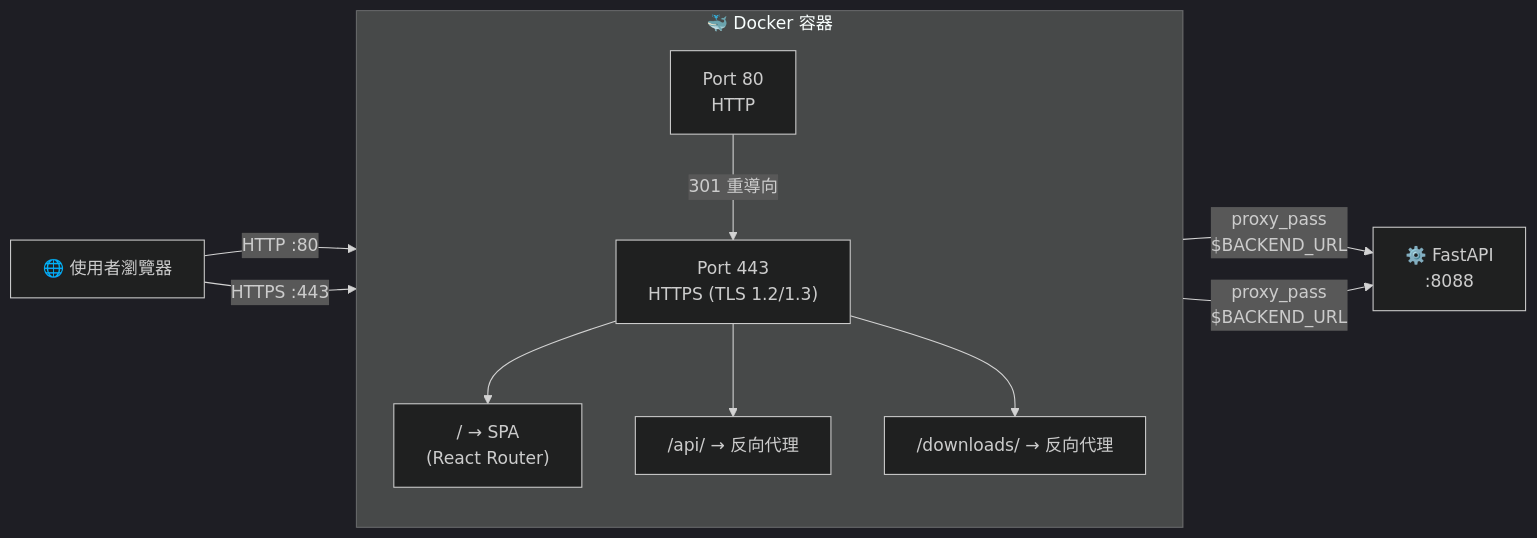
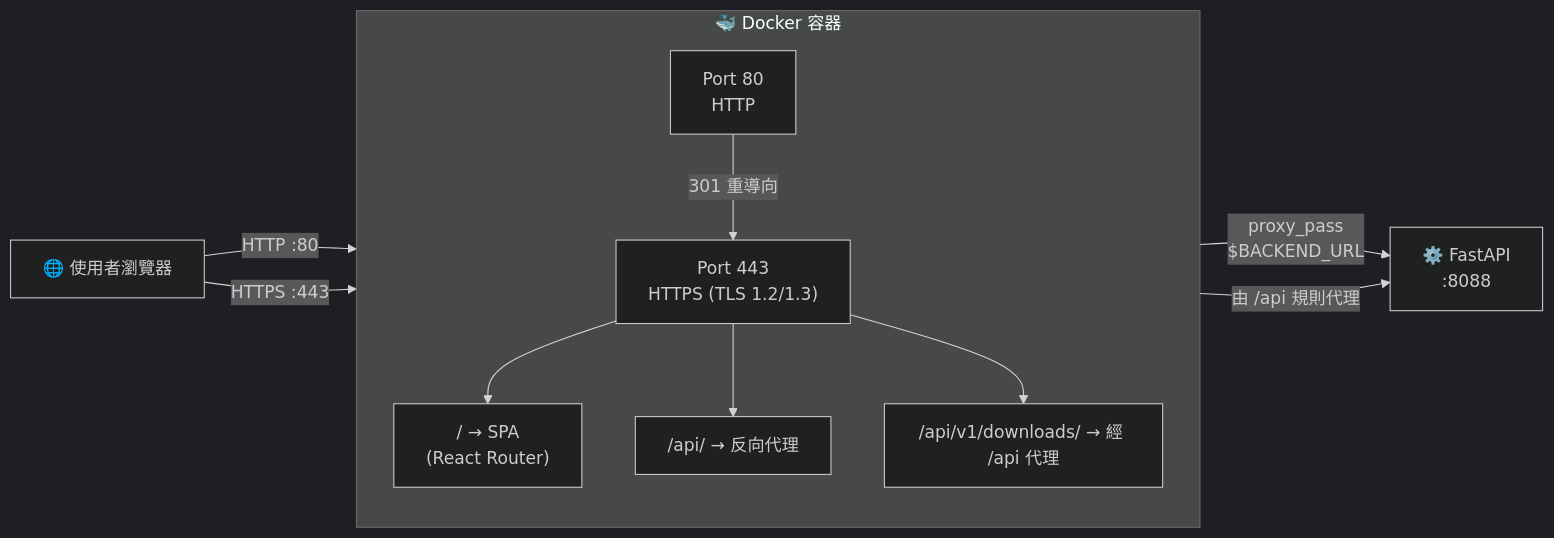
One commit to NTUST-Lab-training/defense-bot-frontend changed the diagram in README.md. Above: the diagram before and after it, drawn with Mermaid (dark theme). The commit also changed other lines of this file and 1 other file, not shown here.

Commit message:
更新環境變數範本，修正後端 API 位址說明，並調整 README.md 內容以增強可讀性

````diff
--- a/README.md
+++ b/README.md
@@ -171,24 +252,24 @@
 ```mermaid
 flowchart LR
     Browser["🌐 使用者瀏覽器"]
 
     subgraph Docker["🐳 Docker 容器"]
         direction TB
         HTTP["Port 80\nHTTP"]
         HTTPS["Port 443\nHTTPS (TLS 1.2/1.3)"]
         SPA["/ → SPA\n(React Router)"]
         API["/api/ → 反向代理"]
-        DL["/downloads/ → 反向代理"]
+        DL["/api/v1/downloads/ → 經 /api 代理"]
     end
 
     Backend["⚙️ FastAPI\n:8088"]
 
     Browser -- "HTTP :80" --> HTTP
     HTTP -- "301 重導向" --> HTTPS
     Browser -- "HTTPS :443" --> HTTPS
     HTTPS --> SPA
     HTTPS --> API
     HTTPS --> DL
     API -- "proxy_pass\n$BACKEND_URL" --> Backend
-    DL -- "proxy_pass\n$BACKEND_URL" --> Backend
+    DL -- "由 /api 規則代理" --> Backend
 ```
````
